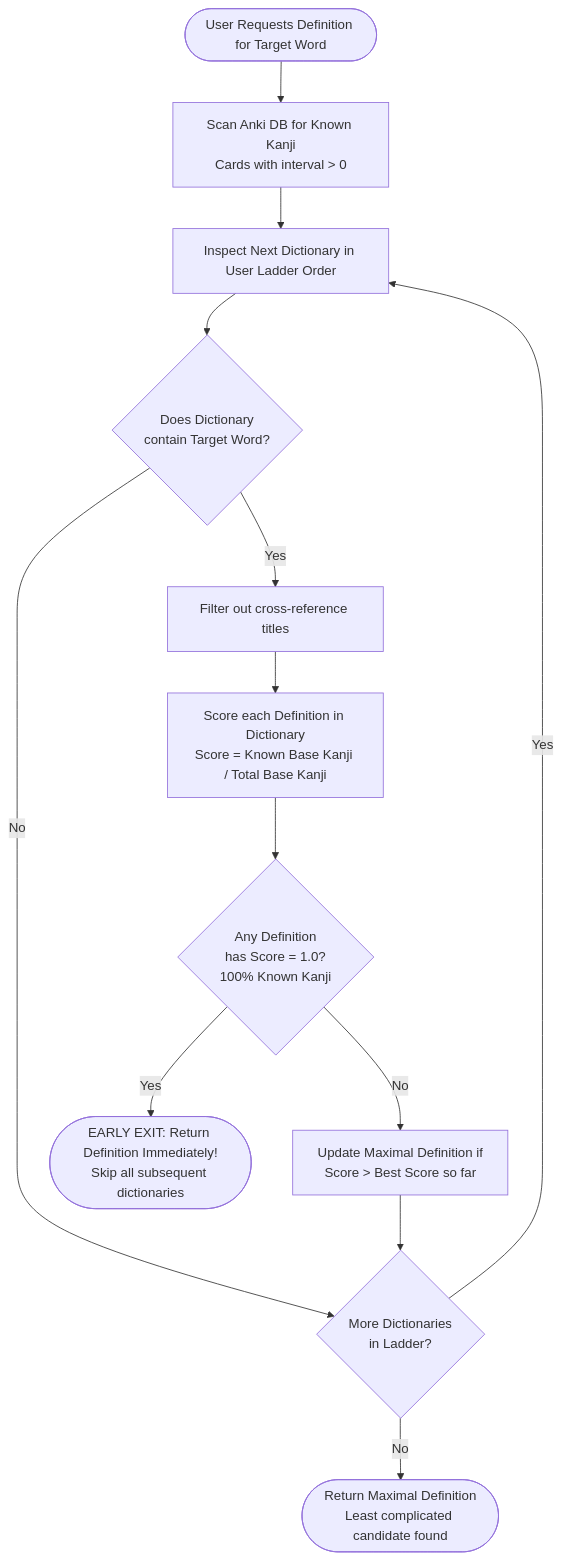
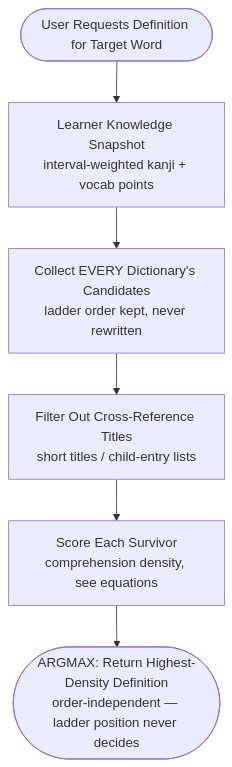
One commit to mansourvery-hub/CompreDef changed the diagram in WIKI.md. Above: the diagram before and after it, drawn with Mermaid. The commit also changed other lines of this file and 15 other files, not shown here.

First line of the commit message:
Dictionary picker audit: density scoring, picker module, strict fixture test

````diff
--- a/WIKI.md
+++ b/WIKI.md
@@ -15,21 +14,8 @@
 ```mermaid
 flowchart TD
-    Start([User Requests Definition for Target Word]) --> ScanDB[Scan Anki DB for Known Kanji<br>Cards with interval > 0]
-    ScanDB --> LoopDicts[Inspect Next Dictionary in User Ladder Order]
-
-    LoopDicts --> LookupWord{Does Dictionary<br>contain Target Word?}
-    LookupWord -- No --> HasMoreDicts{More Dictionaries<br>in Ladder?}
-
-    LookupWord -- Yes --> FilterRefs[Filter out cross-reference titles]
-    FilterRefs --> ScoreDefs[Score each Definition in Dictionary<br>Score = Known Base Kanji / Total Base Kanji]
-
-    ScoreDefs --> Check100{Any Definition<br>has Score = 1.0?<br>100% Known Kanji}
-
-    Check100 -- Yes --> EarlyExit([EARLY EXIT: Return Definition Immediately!<br>Skip all subsequent dictionaries])
-
-    Check100 -- No --> TrackBest[Update Maximal Definition if<br>Score > Best Score so far]
-    TrackBest --> HasMoreDicts
-
-    HasMoreDicts -- Yes --> LoopDicts
-    HasMoreDicts -- No --> ReturnMaximal([Return Maximal Definition<br>Least complicated candidate found])
+    Start([User Requests Definition for Target Word]) --> Snapshot[Learner Knowledge Snapshot<br>interval-weighted kanji + vocab points]
+    Snapshot --> Collect[Collect EVERY Dictionary's Candidates<br>ladder order kept, never rewritten]
+    Collect --> FilterRefs[Filter Out Cross-Reference Titles<br>short titles / child-entry lists]
+    FilterRefs --> ScoreDefs[Score Each Survivor<br>comprehension density, see equations]
+    ScoreDefs --> ArgMax([ARGMAX: Return Highest-Density Definition<br>order-independent — ladder position never decides])
 ```
````
